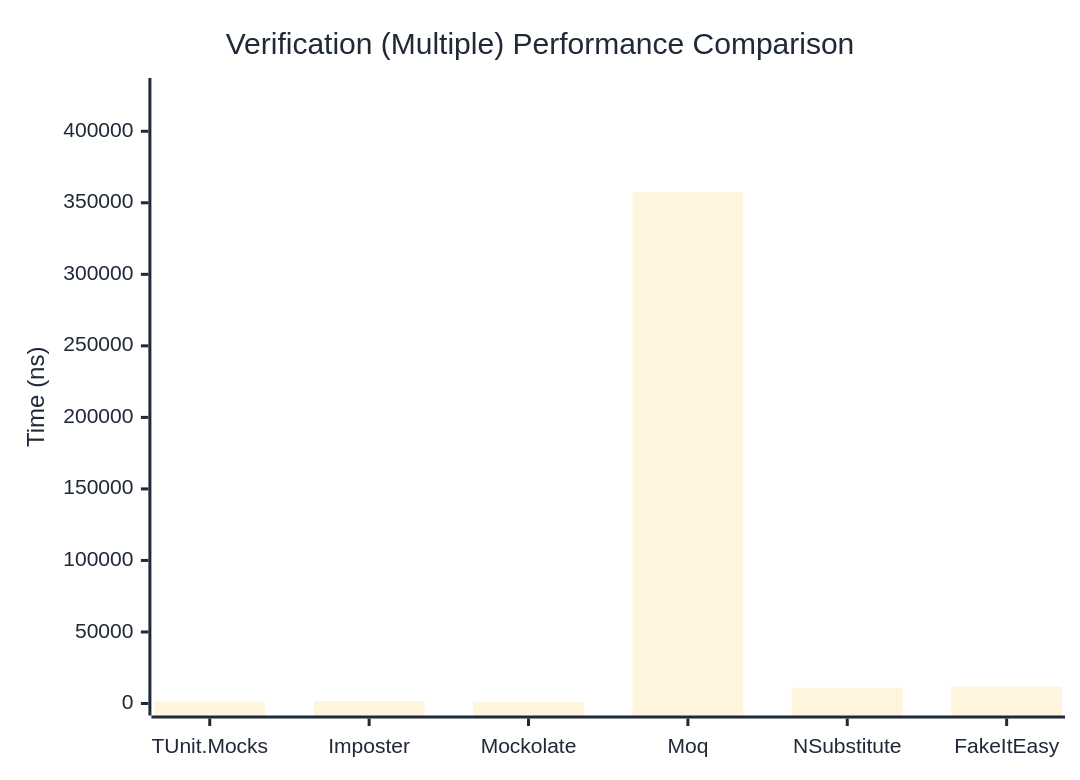
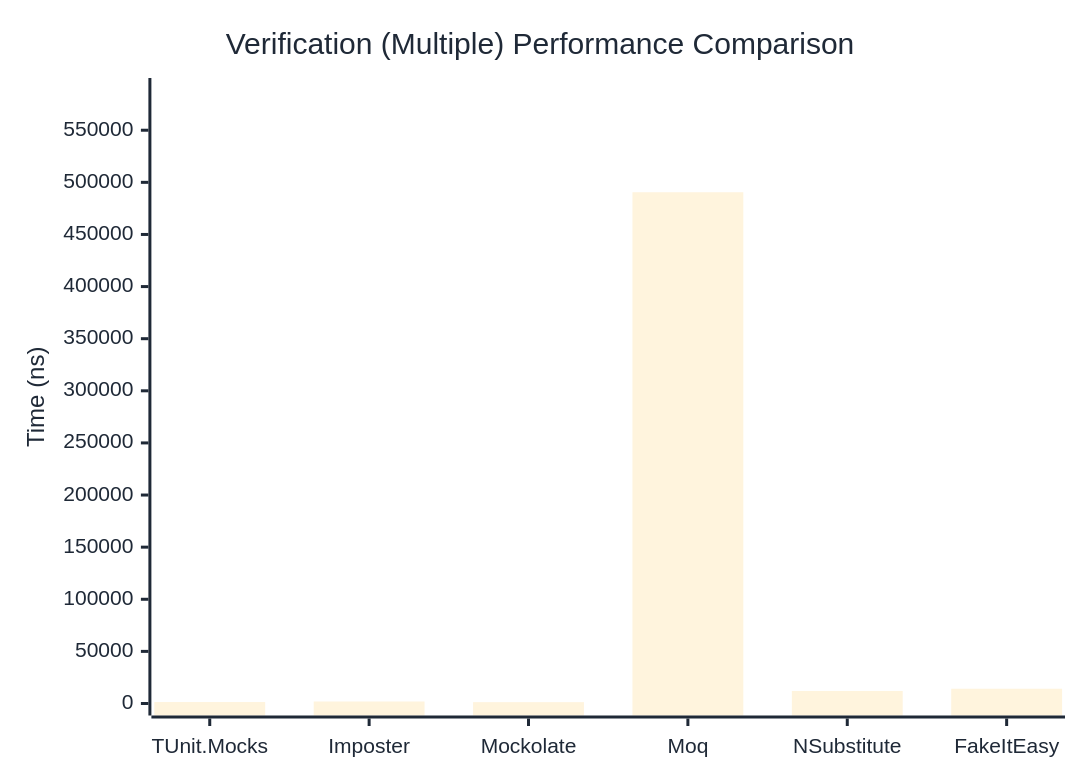
Before and after one commit to thomhurst/TUnit: the third of 3 diagrams in docs/docs/benchmarks/mocks/Verification.md, drawn with Mermaid. The commit also changed other lines of this file and 14 other files, not shown here.

````diff
--- a/docs/docs/benchmarks/mocks/Verification.md
+++ b/docs/docs/benchmarks/mocks/Verification.md
@@ -112,27 +112,27 @@
 ```mermaid
 %%{init: {
   'theme':'base',
   'themeVariables': {
     'primaryColor': '#2563eb',
     'primaryTextColor': '#1f2937',
     'primaryBorderColor': '#1e40af',
     'lineColor': '#6b7280',
     'secondaryColor': '#7c3aed',
     'tertiaryColor': '#dc2626',
     'background': '#ffffff',
     'pie1': '#2563eb',
     'pie2': '#7c3aed',
     'pie3': '#dc2626',
     'pie4': '#f59e0b',
     'pie5': '#10b981',
     'pie6': '#06b6d4',
     'pie7': '#ec4899',
     'pie8': '#6366f1'
   }
 }}%%
 xychart-beta
   title "Verification (Multiple) Performance Comparison"
   x-axis ["TUnit.Mocks", "Imposter", "Mockolate", "Moq", "NSubstitute", "FakeItEasy"]
-  y-axis "Time (ns)" 0 --> 428847
-  bar [1280.82, 1819.93, 1143.17, 357371.93, 10956.89, 11915.36]
+  y-axis "Time (ns)" 0 --> 588595
+  bar [1386.41, 1920.83, 1295.65, 490495.54, 12018.59, 14170.14]
 ```
````
